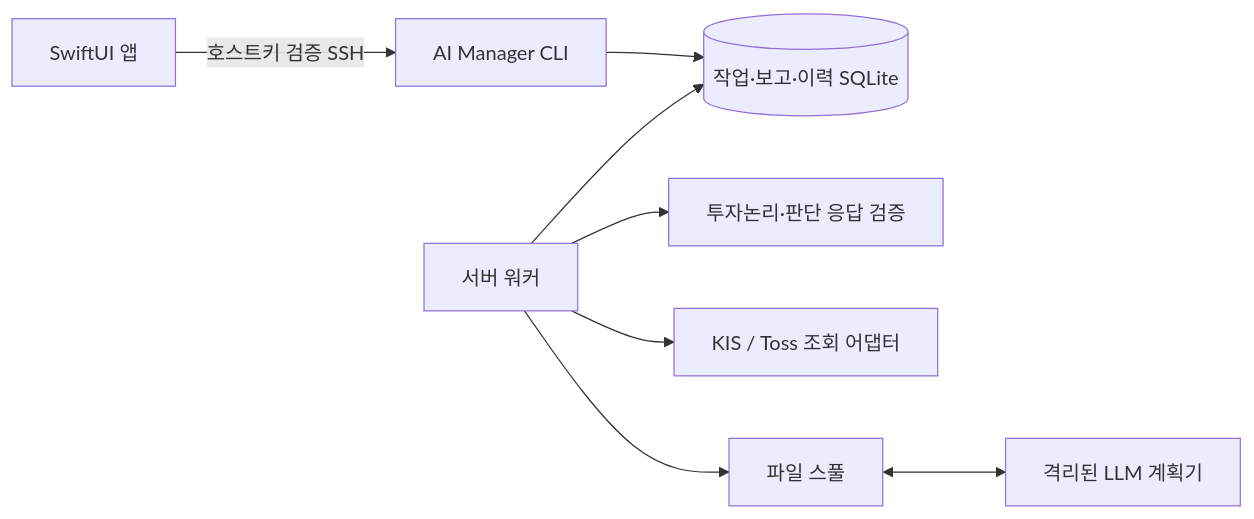
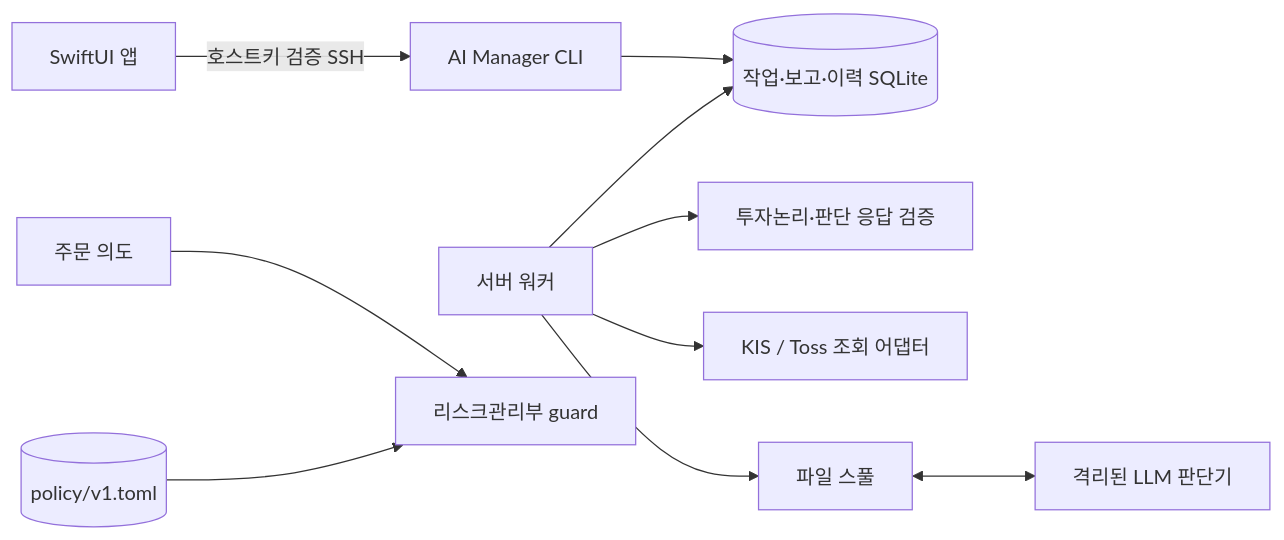
One commit to 3759357/ai-manager changed the diagram in docs/architecture.md. Above: the diagram before and after it, drawn with Mermaid. The commit also changed other lines of this file and 13 other files, not shown here.

````diff
--- a/docs/architecture.md
+++ b/docs/architecture.md
@@ -3,10 +3,12 @@
 ```mermaid
 flowchart LR
     Phone[SwiftUI 앱] -->|호스트키 검증 SSH|CLI[AI Manager CLI]
     CLI --> Store[(작업·보고·이력 SQLite)]
     Worker[서버 워커] --> Store
     Worker --> Gate[투자논리·판단 응답 검증]
     Worker --> Brokers[KIS / Toss 조회 어댑터]
     Worker --> Spool[파일 스풀]
-    Spool <--> LLM[격리된 LLM 계획기]
+    Spool <--> LLM[격리된 LLM 판단기]
+    Intent[주문 의도] --> Guard[리스크관리부 guard]
+    Policy[(policy/v1.toml)] --> Guard
 ```
````
